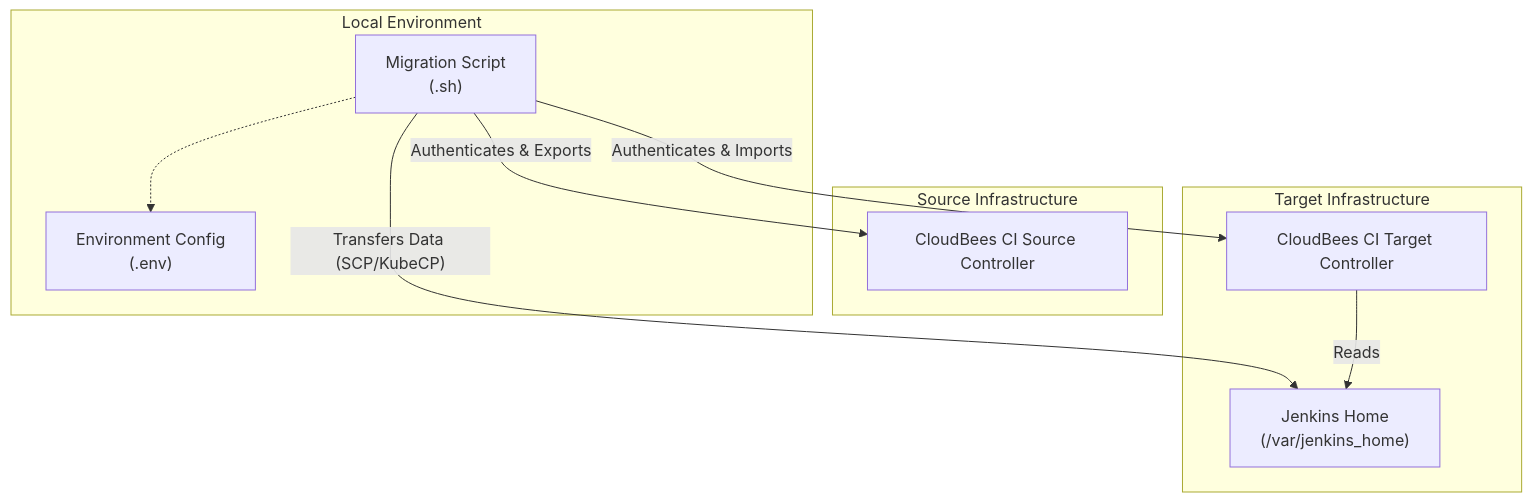
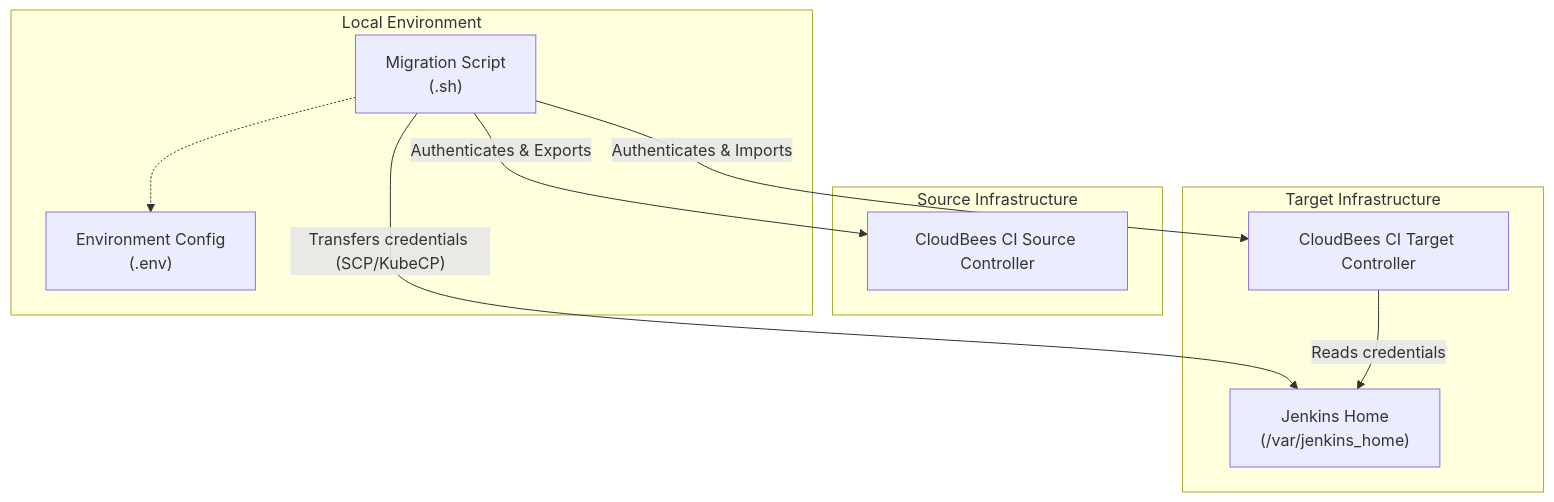
The first of 2 diagrams in README.md (cb-ci/ci-credentials-migration), drawn with Mermaid before and after one commit. The commit also changed other lines of this file, not shown here.

````diff
--- a/README.md
+++ b/README.md
@@ -14,20 +14,20 @@
 ```mermaid
 graph TD
     subgraph "Local Environment"
         Script["Migration Script<br/>(.sh)"]
         Env["Environment Config<br/>(.env)"]
     end
     subgraph "Source Infrastructure"
         Source["CloudBees CI Source Controller"]
     end
     subgraph "Target Infrastructure"
         Target["CloudBees CI Target Controller"]
         Disk["Jenkins Home<br/>(/var/jenkins_home)"]
     end
 
     Script -.-> Env
     Script -- Authenticates & Exports --> Source
-    Script -- Transfers Data (SCP/KubeCP) --> Disk
+    Script -- Transfers credentials (SCP/KubeCP) --> Disk
     Script -- Authenticates & Imports --> Target
-    Target -- Reads --> Disk
+    Target -- Reads credentials --> Disk
 ```
````
